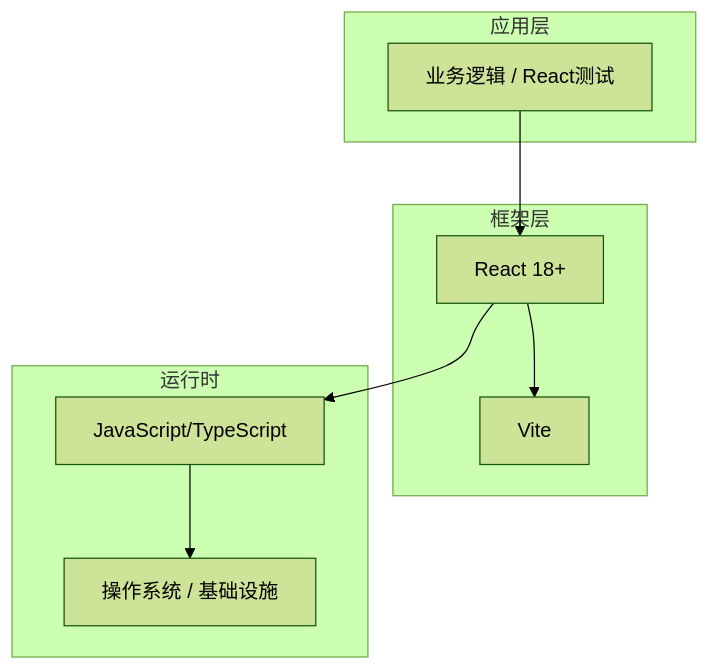
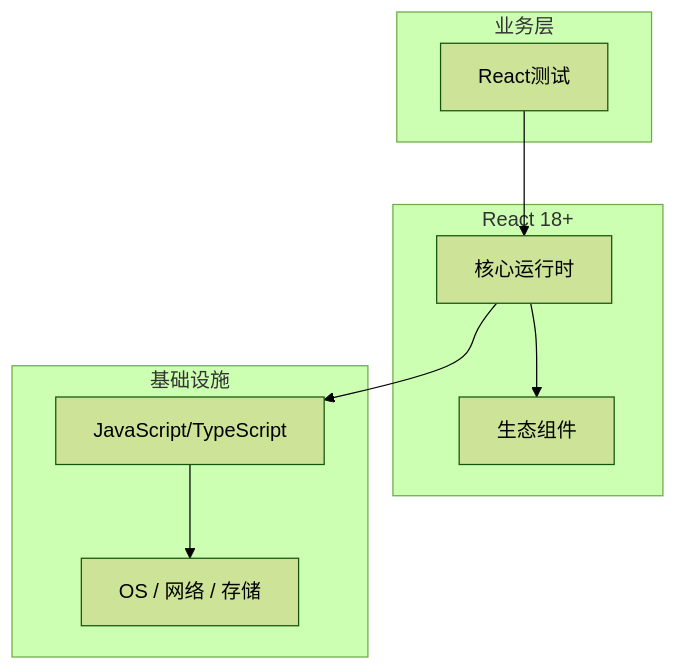
Before and after one commit to yanggan2015/knowledge-json-v2: the diagram in articles/React/chapters/179-React测试核心概念与原理.md, drawn with Mermaid (forest theme). The commit also changed other lines of this file and 10127 other files, not shown here.

````diff
--- a/articles/React/chapters/179-React测试核心概念与原理.md
+++ b/articles/React/chapters/179-React测试核心概念与原理.md
@@ -45,18 +34,18 @@
 ```mermaid
 graph TB
-    subgraph 应用层
-        A[业务逻辑 / React测试]
+    subgraph 业务层
+        A[React测试]
     end
-    subgraph 框架层
-        B[React 18+]
-        C[Vite]
+    subgraph React 18+
+        B[核心运行时]
+        C[生态组件]
     end
-    subgraph 运行时
+    subgraph 基础设施
         D[JavaScript/TypeScript]
-        E[操作系统 / 基础设施]
+        E[OS / 网络 / 存储]
     end
     A --> B
     B --> C
     B --> D
     D --> E
 ```
````
